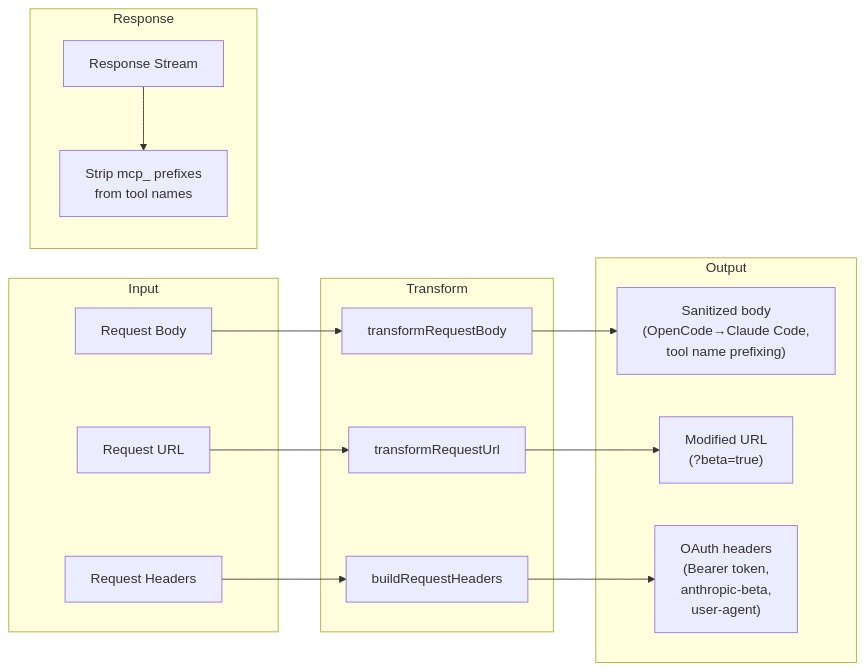
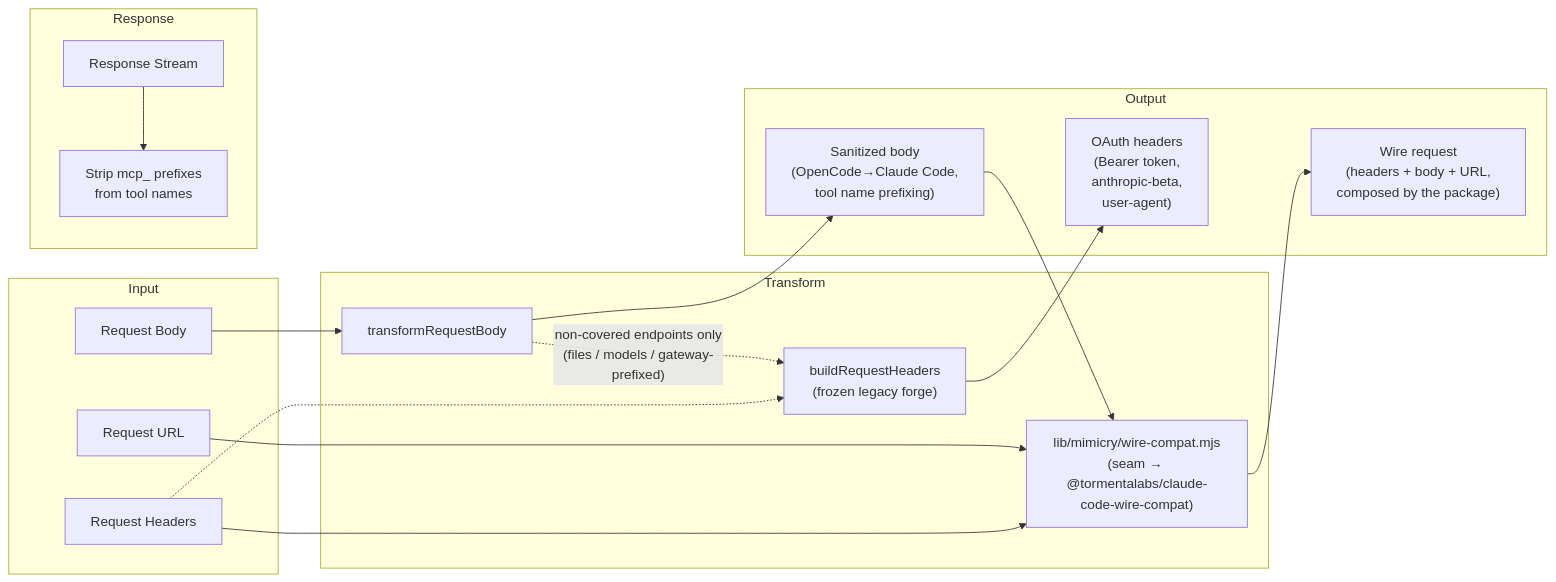
Before and after one commit to marco-jardim/opencode-anthropic-fix: the third of 7 diagrams in CONTRIBUTING.md, drawn with Mermaid. The commit also changed other lines of this file and 3 other files, not shown here.

````diff
--- a/CONTRIBUTING.md
+++ b/CONTRIBUTING.md
@@ -214,28 +214,31 @@
 ```mermaid
 flowchart LR
     subgraph Input
         Body[Request Body]
         URL[Request URL]
         Headers[Request Headers]
     end
 
     subgraph Transform
         TB[transformRequestBody]
-        TU[transformRequestUrl]
-        TH[buildRequestHeaders]
+        WC["lib/mimicry/wire-compat.mjs<br/>(seam → @tormentalabs/claude-code-wire-compat)"]
+        TH["buildRequestHeaders<br/>(frozen legacy forge)"]
     end
 
     subgraph Output
         OB["Sanitized body<br/>(OpenCode→Claude Code,<br/>tool name prefixing)"]
-        OU["Modified URL<br/>(?beta=true)"]
+        OW["Wire request<br/>(headers + body + URL,<br/>composed by the package)"]
         OH["OAuth headers<br/>(Bearer token,<br/>anthropic-beta,<br/>user-agent)"]
     end
 
     Body --> TB --> OB
-    URL --> TU --> OU
-    Headers --> TH --> OH
+    OB --> WC --> OW
+    URL --> WC
+    Headers --> WC
+    TB -. "non-covered endpoints only<br/>(files / models / gateway-prefixed)" .-> TH
+    Headers -.-> TH --> OH
 
     subgraph Response
         RS[Response Stream] --> Strip["Strip mcp_ prefixes<br/>from tool names"]
     end
 ```
````
